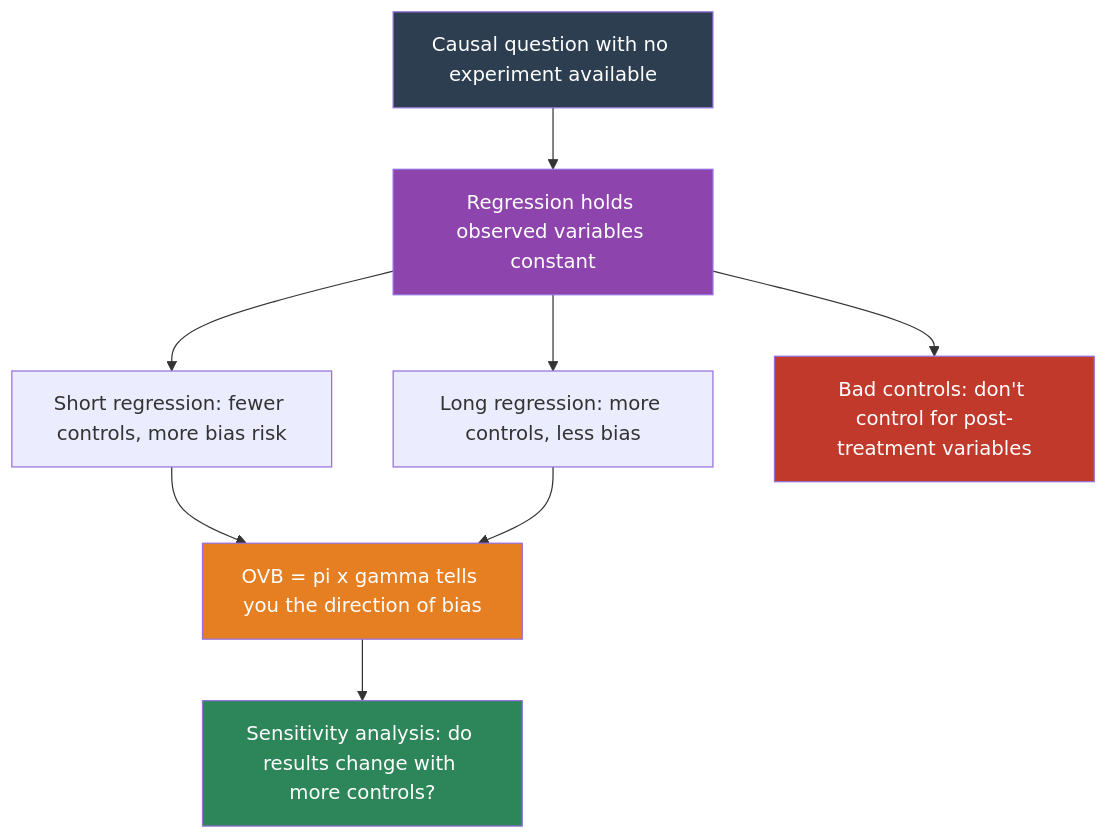
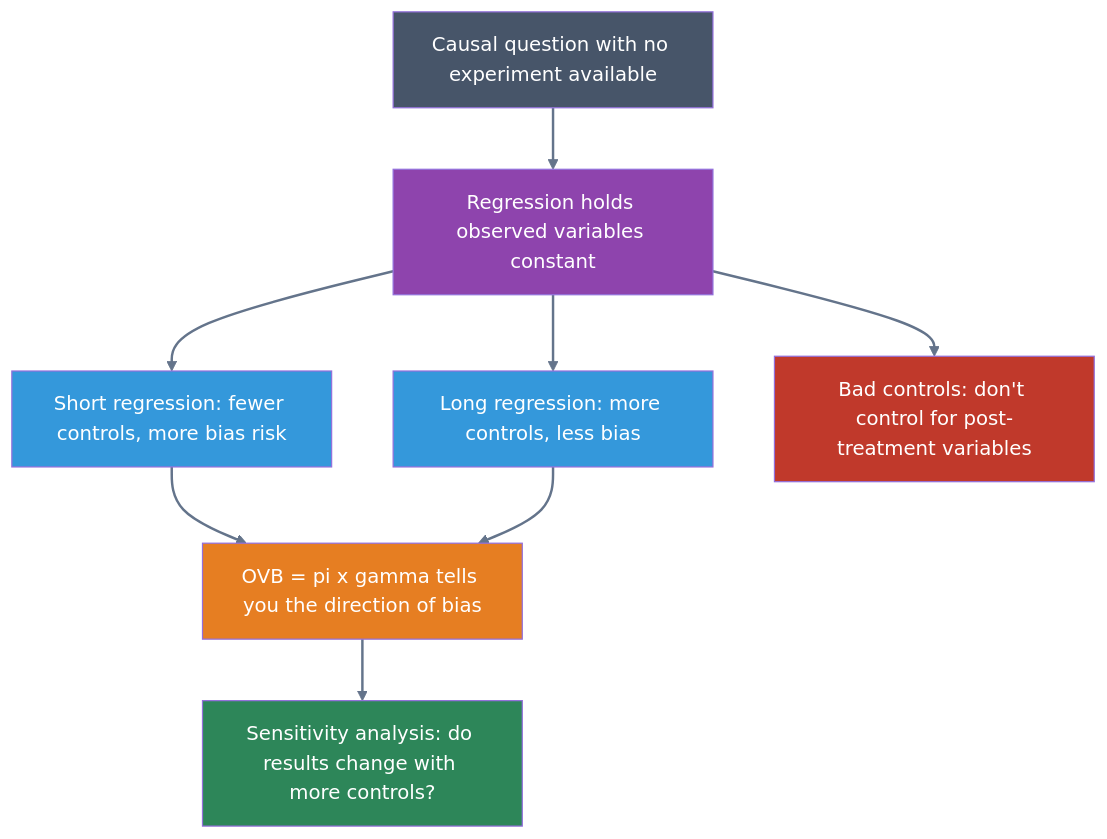
Before and after one commit to cmg777/intro2causal: the second of 2 diagrams in notebooks_quarto/02-regression.qmd, drawn with Mermaid. The commit also changed other lines of this file and 17 other files, not shown here.

````diff
--- a/notebooks_quarto/02-regression.qmd
+++ b/notebooks_quarto/02-regression.qmd
@@ -531,27 +542,30 @@
 ```{mermaid}
 %%| label: fig-concept-map
 %%| fig-cap: "How the key concepts of Chapter 2 connect"
 
 graph TD
     Q["Causal question with no experiment available"]
     REG["Regression holds observed variables constant"]
     SHORT["Short regression: fewer controls, more bias risk"]
     LONG["Long regression: more controls, less bias"]
     OVB["OVB = pi x gamma tells you the direction of bias"]
     SENS["Sensitivity analysis: do results change with more controls?"]
     BC["Bad controls: don't control for post-treatment variables"]
 
     Q --> REG
     REG --> SHORT
     REG --> LONG
     SHORT --> OVB
     LONG --> OVB
     OVB --> SENS
     REG --> BC
 
-    style Q fill:#2c3e50,color:#fff
+    style Q fill:#475569,color:#fff
     style REG fill:#8e44ad,color:#fff
+    style SHORT fill:#3498db,color:#fff
+    style LONG fill:#3498db,color:#fff
     style OVB fill:#e67e22,color:#fff
     style SENS fill:#2d8659,color:#fff
     style BC fill:#c0392b,color:#fff
+    linkStyle default stroke:#64748b,stroke-width:2px
 ```
````
